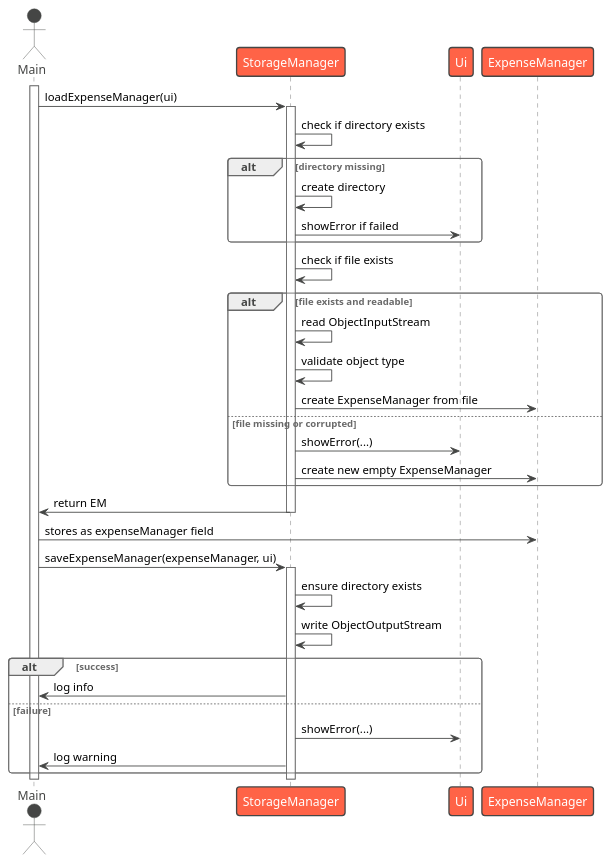
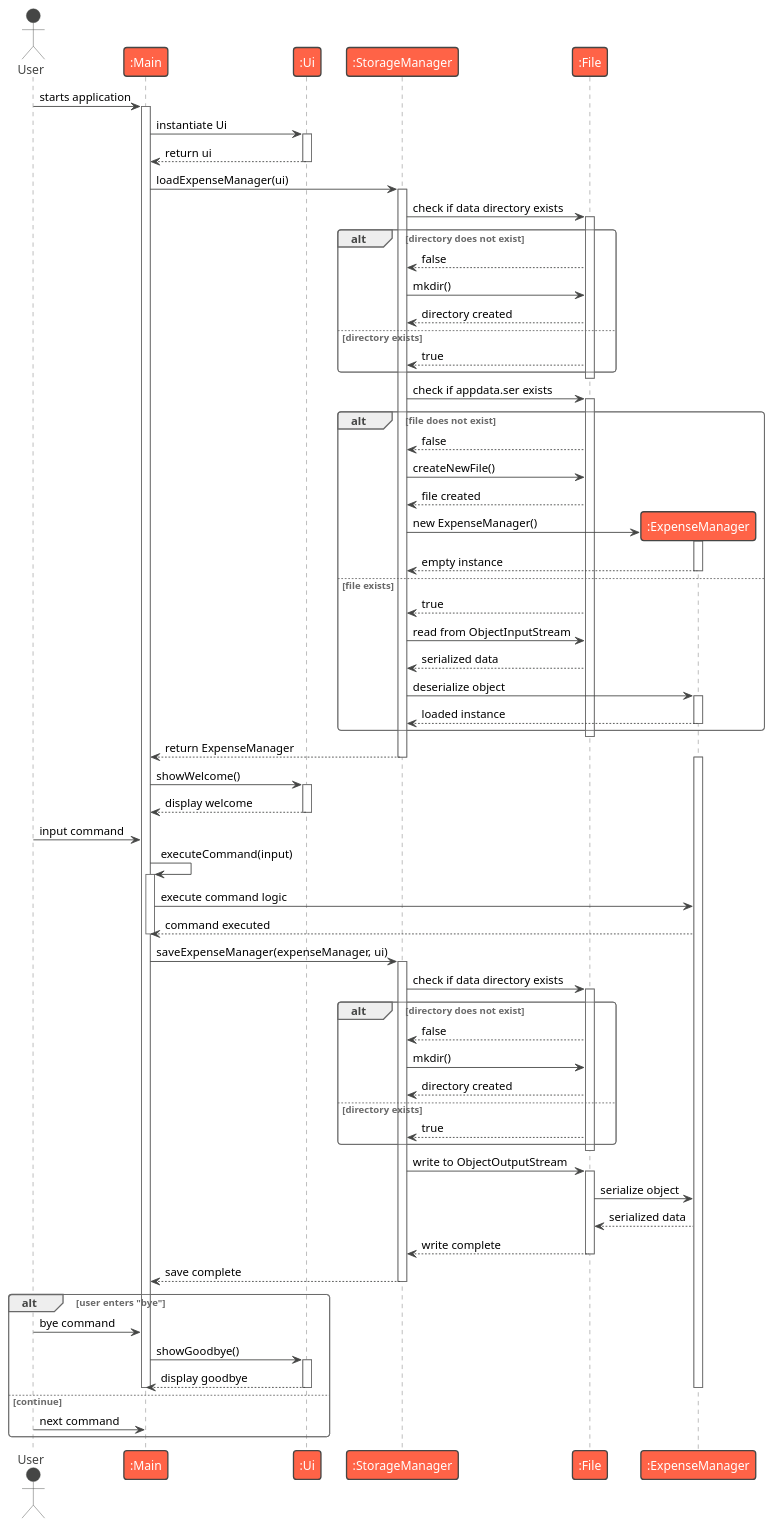
One commit to aydrienlaw/tp changed the diagram in docs/diagrams/storage-manager-sequence.puml. Above: the diagram before and after it, drawn with PlantUML. The commit also changed other lines of this file and 1 other file, not shown here.

Commit message:
docs: update DevGuide for storage manager

```diff
--- a/docs/diagrams/storage-manager-sequence.puml
+++ b/docs/diagrams/storage-manager-sequence.puml
@@ -1,44 +3,111 @@
 @startuml
 !theme vibrant
-actor Main
-participant StorageManager
-participant Ui
-participant "ExpenseManager" as EM
+actor User
+participant ":Main" as Main
+participant ":Ui" as Ui
+participant ":StorageManager" as StorageManager
+participant ":File" as File
 
+User -> Main : starts application
 activate Main
+
+Main -> Ui : instantiate Ui
+activate Ui
+Ui --> Main : return ui
+deactivate Ui
+
+' Load ExpenseManager on startup
 Main -> StorageManager : loadExpenseManager(ui)
 activate StorageManager
-StorageManager -> StorageManager : check if directory exists
-alt directory missing
-    StorageManager -> StorageManager : create directory
-    StorageManager -> Ui : showError if failed
+
+StorageManager -> File : check if data directory exists
+activate File
+alt directory does not exist
+    File --> StorageManager : false
+    StorageManager -> File : mkdir()
+    File --> StorageManager : directory created
+else directory exists
+    File --> StorageManager : true
+end
+deactivate File
+
+StorageManager -> File : check if appdata.ser exists
+activate File
+alt file does not exist
+    File --> StorageManager : false
+    StorageManager -> File : createNewFile()
+    File --> StorageManager : file created
+    create participant ":ExpenseManager" as ExpenseManager
+    StorageManager -> ExpenseManager : new ExpenseManager()
+    activate ExpenseManager
+    ExpenseManager --> StorageManager : empty instance
+    deactivate ExpenseManager
+else file exists
+    File --> StorageManager : true
+    StorageManager -> File : read from ObjectInputStream
+    File --> StorageManager : serialized data
+    StorageManager -> ExpenseManager : deserialize object
+    activate ExpenseManager
+    ExpenseManager --> StorageManager : loaded instance
+    deactivate ExpenseManager
+end
+deactivate File
+
+StorageManager --> Main : return ExpenseManager
+deactivate StorageManager
+
+activate ExpenseManager
+
+' Show welcome message
+Main -> Ui : showWelcome()
+activate Ui
+Ui --> Main : display welcome
+deactivate Ui
+
+' User input loop
+User -> Main : input command
+Main -> Main : executeCommand(input)
+activate Main
+Main -> ExpenseManager : execute command logic
+ExpenseManager --> Main : command executed
+deactivate Main
+
+' Save ExpenseManager after command execution
+Main -> StorageManager : saveExpenseManager(expenseManager, ui)
+activate StorageManager
+
+StorageManager -> File : check if data directory exists
+activate File
+alt directory does not exist
+    File --> StorageManager : false
+    StorageManager -> File : mkdir()
+    File --> StorageManager : directory created
+else directory exists
+    File --> StorageManager : true
+end
+deactivate File
+
+StorageManager -> File : write to ObjectOutputStream
+activate File
+File -> ExpenseManager : serialize object
+ExpenseManager --> File : serialized data
+File --> StorageManager : write complete
+deactivate File
+
+StorageManager --> Main : save complete
+deactivate StorageManager
+
+' Continue loop or exit
+alt user enters "bye"
+    User -> Main : bye command
+    Main -> Ui : showGoodbye()
+    activate Ui
+    Ui --> Main : display goodbye
+    deactivate Ui
+    deactivate ExpenseManager
+    deactivate Main
+else continue
+    User -> Main : next command
 end
 
-StorageManager -> StorageManager : check if file exists
-alt file exists and readable
-    StorageManager -> StorageManager : read ObjectInputStream
-    StorageManager -> StorageManager : validate object type
-    StorageManager -> EM : create ExpenseManager from file
-else file missing or corrupted
-    StorageManager -> Ui : showError(...)
-    StorageManager -> EM : create new empty ExpenseManager
-end
-
-StorageManager -> Main : return EM
-deactivate StorageManager
-
-Main -> EM : stores as expenseManager field
-
-Main -> StorageManager : saveExpenseManager(expenseManager, ui)
-activate StorageManager
-StorageManager -> StorageManager : ensure directory exists
-StorageManager -> StorageManager : write ObjectOutputStream
-alt success
-    StorageManager -> Main : log info
-else failure
-    StorageManager -> Ui : showError(...)
-    StorageManager -> Main : log warning
-end
-deactivate StorageManager
-deactivate Main
 @enduml
```
